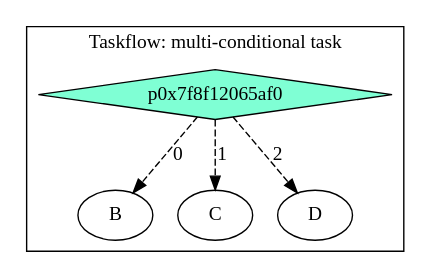
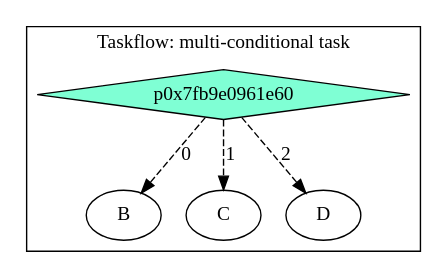
The diagram in task_graph/multi_condition.dot (xuexcy/learning_taskflow), drawn with Graphviz before and after one commit. The commit also changed 55 other files, not shown here.

```diff
--- a/task_graph/multi_condition.dot
+++ b/task_graph/multi_condition.dot
@@ -1,12 +1,12 @@
 digraph Taskflow {
-subgraph cluster_p0x7ff7bc8c9128 {
+subgraph cluster_p0x7ff7bc0a15a8 {
 label="Taskflow: multi-conditional task";
-p0x7f8f12065af0[label="p0x7f8f12065af0" shape=diamond color=black fillcolor=aquamarine style=filled];
-p0x7f8f12065af0 -> p0x7f8f120659e0 [style=dashed label="0"];
-p0x7f8f12065af0 -> p0x7f8f12065e20 [style=dashed label="1"];
-p0x7f8f12065af0 -> p0x7f8f12065d10 [style=dashed label="2"];
-p0x7f8f120659e0[label="B" ];
-p0x7f8f12065e20[label="C" ];
-p0x7f8f12065d10[label="D" ];
+p0x7fb9e0961e60[label="p0x7fb9e0961e60" shape=diamond color=black fillcolor=aquamarine style=filled];
+p0x7fb9e0961e60 -> p0x7fb9e0961d50 [style=dashed label="0"];
+p0x7fb9e0961e60 -> p0x7fb9e0961c40 [style=dashed label="1"];
+p0x7fb9e0961e60 -> p0x7fb9e0961b30 [style=dashed label="2"];
+p0x7fb9e0961d50[label="B" ];
+p0x7fb9e0961c40[label="C" ];
+p0x7fb9e0961b30[label="D" ];
 }
 }
```
